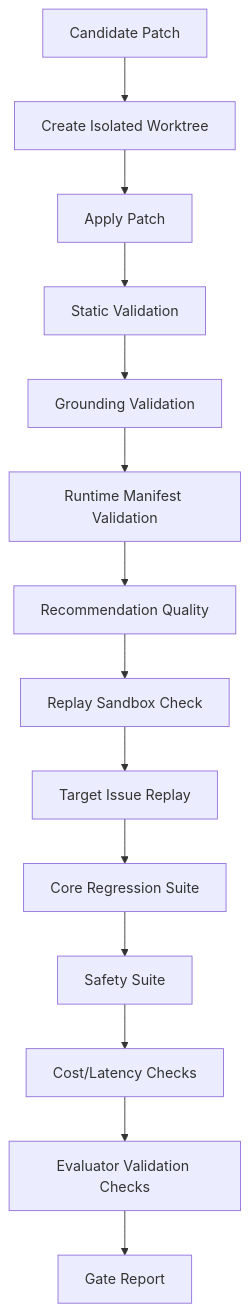
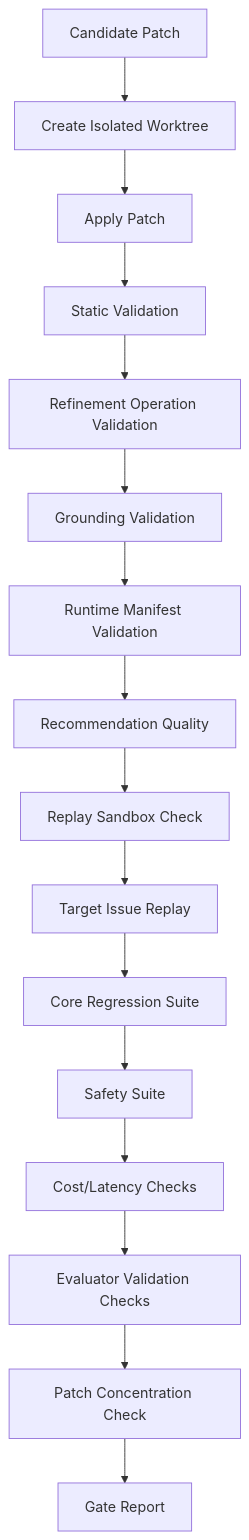
The third of 3 diagrams in docs/engineering-design.md (iamabhishekmathur/LoopForge), drawn with Mermaid before and after one commit. The commit also changed other lines of this file and 3 other files, not shown here.

Commit message:
Incorporate continual harness roadmap

````diff
--- a/docs/engineering-design.md
+++ b/docs/engineering-design.md
@@ -1158,16 +1307,18 @@
 ```mermaid
 flowchart TD
   A["Candidate Patch"] --> B["Create Isolated Worktree"]
   B --> C["Apply Patch"]
   C --> D["Static Validation"]
-  D --> E["Grounding Validation"]
-  E --> F["Runtime Manifest Validation"]
-  F --> G["Recommendation Quality"]
-  G --> H["Replay Sandbox Check"]
-  H --> I["Target Issue Replay"]
-  I --> J["Core Regression Suite"]
-  J --> K["Safety Suite"]
-  K --> L["Cost/Latency Checks"]
-  L --> M["Evaluator Validation Checks"]
-  M --> N["Gate Report"]
+  D --> E["Refinement Operation Validation"]
+  E --> F["Grounding Validation"]
+  F --> G["Runtime Manifest Validation"]
+  G --> H["Recommendation Quality"]
+  H --> I["Replay Sandbox Check"]
+  I --> J["Target Issue Replay"]
+  J --> K["Core Regression Suite"]
+  K --> L["Safety Suite"]
+  L --> M["Cost/Latency Checks"]
+  M --> N["Evaluator Validation Checks"]
+  N --> O["Patch Concentration Check"]
+  O --> P["Gate Report"]
 ```
````
